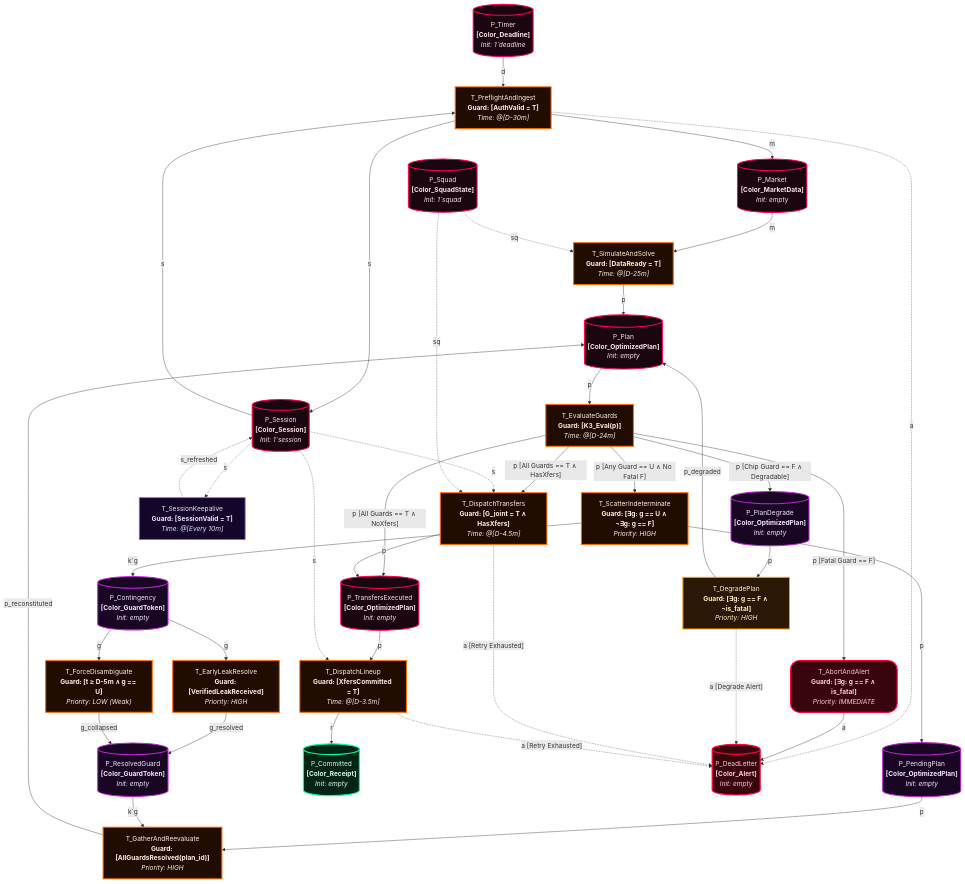
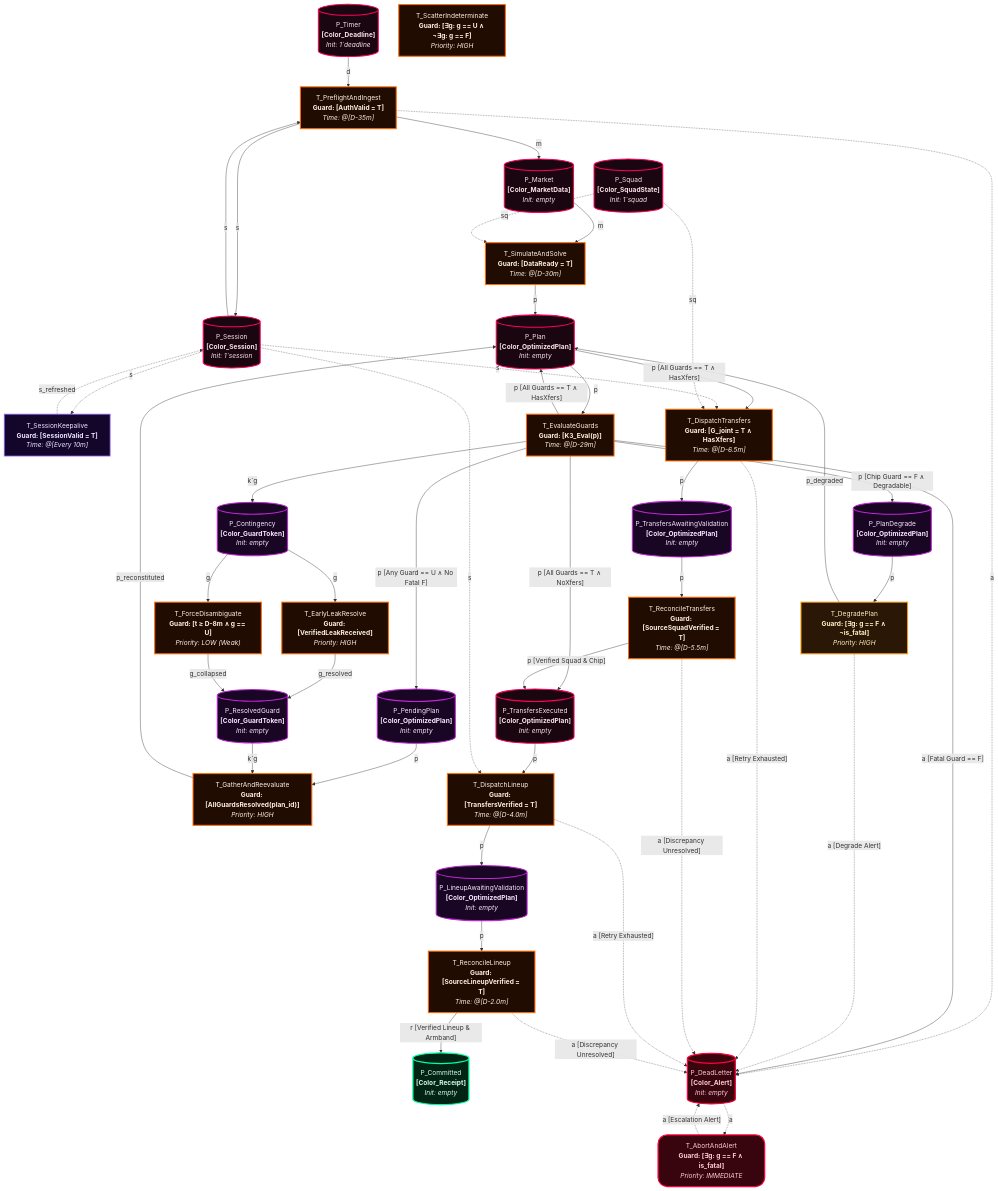
The first of 5 diagrams in docs/brainstorm/autonomous_execution_pipeline.md (clydewatts1/rubies_rangers), drawn with Mermaid before and after one commit. The commit also changed other lines of this file and 18 other files, not shown here.

````diff
--- a/docs/brainstorm/autonomous_execution_pipeline.md
+++ b/docs/brainstorm/autonomous_execution_pipeline.md
@@ -260,23 +262,27 @@
     PContingency[("P_Contingency<br/><b>[Color_GuardToken]</b><br/><i>Init: empty</i>")]:::marsNebula
     PResolvedGuard[("P_ResolvedGuard<br/><b>[Color_GuardToken]</b><br/><i>Init: empty</i>")]:::marsNebula
     PPlanDegrade[("P_PlanDegrade<br/><b>[Color_OptimizedPlan]</b><br/><i>Init: empty</i>")]:::marsNebula
+    PTransfersAwaitingValidation[("P_TransfersAwaitingValidation<br/><b>[Color_OptimizedPlan]</b><br/><i>Init: empty</i>")]:::marsNebula
     PTransfersExecuted[("P_TransfersExecuted<br/><b>[Color_OptimizedPlan]</b><br/><i>Init: empty</i>")]:::marsPlace
+    PLineupAwaitingValidation[("P_LineupAwaitingValidation<br/><b>[Color_OptimizedPlan]</b><br/><i>Init: empty</i>")]:::marsNebula
     PCommitted[("P_Committed<br/><b>[Color_Receipt]</b><br/><i>Init: empty</i>")]:::marsOasis
     PDeadLetter[("P_DeadLetter<br/><b>[Color_Alert]</b><br/><i>Init: empty</i>")]:::marsHazard
 
     %% --- TRANSITIONS (Kurt Jensen Format: Name [Guard] @Time) ---
-    TPreflight["T_PreflightAndIngest<br/><b>Guard: [AuthValid = T]</b><br/><i>Time: @[D-30m]</i>"]:::marsTrans
+    TPreflight["T_PreflightAndIngest<br/><b>Guard: [AuthValid = T]</b><br/><i>Time: @[D-35m]</i>"]:::marsTrans
     TKeepalive["T_SessionKeepalive<br/><b>Guard: [SessionValid = T]</b><br/><i>Time: @[Every 10m]</i>"]:::marsKeepalive
-    TSolve["T_SimulateAndSolve<br/><b>Guard: [DataReady = T]</b><br/><i>Time: @[D-25m]</i>"]:::marsTrans
-    TEval["T_EvaluateGuards<br/><b>Guard: [K3_Eval(p)]</b><br/><i>Time: @[D-24m]</i>"]:::marsTrans
+    TSolve["T_SimulateAndSolve<br/><b>Guard: [DataReady = T]</b><br/><i>Time: @[D-30m]</i>"]:::marsTrans
+    TEval["T_EvaluateGuards<br/><b>Guard: [K3_Eval(p)]</b><br/><i>Time: @[D-29m]</i>"]:::marsTrans
     TAbort["T_AbortAndAlert<br/><b>Guard: [∃g: g == F ∧ is_fatal]</b><br/><i>Priority: IMMEDIATE</i>"]:::marsHazard
     TDegrade["T_DegradePlan<br/><b>Guard: [∃g: g == F ∧ ¬is_fatal]</b><br/><i>Priority: HIGH</i>"]:::marsDegrade
     TScatter["T_ScatterIndeterminate<br/><b>Guard: [∃g: g == U ∧ ¬∃g: g == F]</b><br/><i>Priority: HIGH</i>"]:::marsTrans
     TLeak["T_EarlyLeakResolve<br/><b>Guard: [VerifiedLeakReceived]</b><br/><i>Priority: HIGH</i>"]:::marsTrans
-    TTimeout["T_ForceDisambiguate<br/><b>Guard: [t ≥ D-5m ∧ g == U]</b><br/><i>Priority: LOW (Weak)</i>"]:::marsTrans
+    TTimeout["T_ForceDisambiguate<br/><b>Guard: [t ≥ D-8m ∧ g == U]</b><br/><i>Priority: LOW (Weak)</i>"]:::marsTrans
     TGather["T_GatherAndReevaluate<br/><b>Guard: [AllGuardsResolved(plan_id)]</b><br/><i>Priority: HIGH</i>"]:::marsTrans
-    TDispatchTransfers["T_DispatchTransfers<br/><b>Guard: [G_joint = T ∧ HasXfers]</b><br/><i>Time: @[D-4.5m]</i>"]:::marsTrans
-    TDispatchLineup["T_DispatchLineup<br/><b>Guard: [XfersCommitted = T]</b><br/><i>Time: @[D-3.5m]</i>"]:::marsTrans
+    TDispatchTransfers["T_DispatchTransfers<br/><b>Guard: [G_joint = T ∧ HasXfers]</b><br/><i>Time: @[D-6.5m]</i>"]:::marsTrans
+    TReconcileTransfers["T_ReconcileTransfers<br/><b>Guard: [SourceSquadVerified = T]</b><br/><i>Time: @[D-5.5m]</i>"]:::marsTrans
+    TDispatchLineup["T_DispatchLineup<br/><b>Guard: [TransfersVerified = T]</b><br/><i>Time: @[D-4.0m]</i>"]:::marsTrans
+    TReconcileLineup["T_ReconcileLineup<br/><b>Guard: [SourceLineupVerified = T]</b><br/><i>Time: @[D-2.0m]</i>"]:::marsTrans
 
     %% --- ARCS & JENSEN VARIABLE INSCRIPTIONS E(a) ---
     PTimer -- "d" --> TPreflight
@@ -295,8 +301,9 @@
     PPlan -- "p" --> TEval
 
     %% FATAL ABORT ROUTE (Structural / Budget / Club Cap Violations)
-    TEval -- "p [Fatal Guard == F]" --> TAbort
-    TAbort -- "a" --> PDeadLetter
+    TEval -- "a [Fatal Guard == F]" --> PDeadLetter
+    PDeadLetter -. "a" .-> TAbort
+    TAbort -. "a [Escalation Alert]" .-> PDeadLetter
 
     %% DEGRADATION / FALLBACK CONTINGENCY ROUTE (Chip Guard Failure)
     TEval -- "p [Chip Guard == F ∧ Degradable]" --> PPlanDegrade
@@ -305,9 +312,8 @@
     TDegrade -. "a [Degrade Alert]" .-> PDeadLetter
 
     %% SCATTER-GATHER CONTINGENCY ROUTE (Indeterminate Guards)
-    TEval -- "p [Any Guard == U ∧ No Fatal F]" --> TScatter
-    TScatter -- "p" --> PPendingPlan
-    TScatter -- "k`g" --> PContingency
+    TEval -- "p [Any Guard == U ∧ No Fatal F]" --> PPendingPlan
+    TEval -- "k`g" --> PContingency
 
     PContingency -- "g" --> TLeak
     TLeak -- "g_resolved" --> PResolvedGuard
@@ -319,17 +325,26 @@
     PResolvedGuard -- "k`g" --> TGather
     TGather -- "p_reconstituted" --> PPlan
 
-    %% HAPPY PATH DISPATCH ROUTE
-    TEval -- "p [All Guards == T ∧ HasXfers]" --> TDispatchTransfers
+    %% HAPPY PATH DISPATCH & RECONCILIATION ROUTE
+    TEval -- "p [All Guards == T ∧ HasXfers]" --> PPlan
     TEval -- "p [All Guards == T ∧ NoXfers]" --> PTransfersExecuted
 
+    PPlan -- "p [All Guards == T ∧ HasXfers]" --> TDispatchTransfers
     PSession -. "s" .-> TDispatchTransfers
     PSquad -. "sq" .-> TDispatchTransfers
-    TDispatchTransfers -- "p" --> PTransfersExecuted
+    TDispatchTransfers -- "p" --> PTransfersAwaitingValidation
     TDispatchTransfers -. "a [Retry Exhausted]" .-> PDeadLetter
+
+    PTransfersAwaitingValidation -- "p" --> TReconcileTransfers
+    TReconcileTransfers -- "p [Verified Squad & Chip]" --> PTransfersExecuted
+    TReconcileTransfers -. "a [Discrepancy Unresolved]" .-> PDeadLetter
 
     PTransfersExecuted -- "p" --> TDispatchLineup
     PSession -. "s" .-> TDispatchLineup
-    TDispatchLineup -- "r" --> PCommitted
+    TDispatchLineup -- "p" --> PLineupAwaitingValidation
     TDispatchLineup -. "a [Retry Exhausted]" .-> PDeadLetter
+
+    PLineupAwaitingValidation -- "p" --> TReconcileLineup
+    TReconcileLineup -- "r [Verified Lineup & Armband]" --> PCommitted
+    TReconcileLineup -. "a [Discrepancy Unresolved]" .-> PDeadLetter
 ```
````
